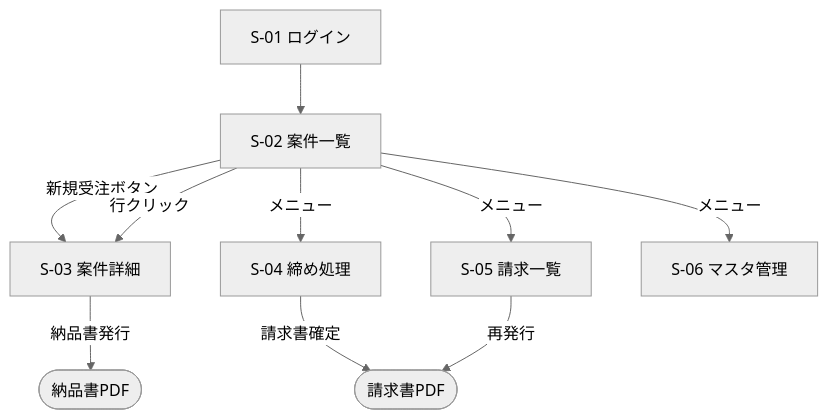
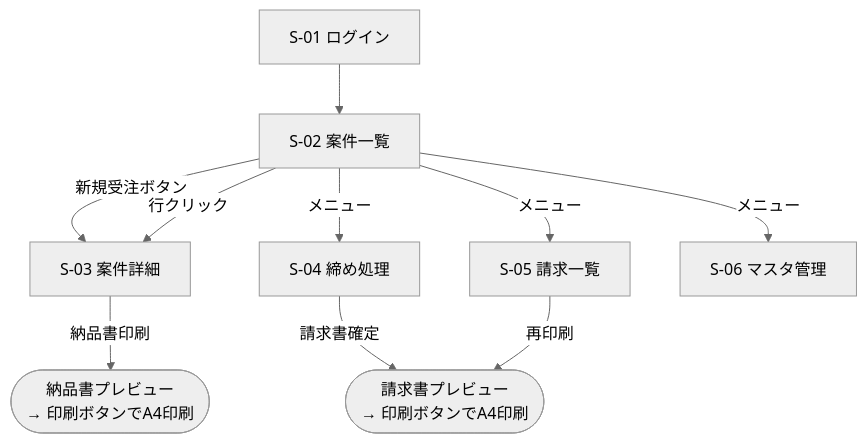
One commit to yuichi4107-lab/ClaudeCode changed the diagram in docs/sales_management/02_画面設計書.md. Above: the diagram before and after it, drawn with Mermaid (neutral theme). The commit also changed other lines of this file and 4 other files, not shown here.

````diff
--- a/docs/sales_management/02_画面設計書.md
+++ b/docs/sales_management/02_画面設計書.md
@@ -19,12 +19,12 @@
 ```mermaid
 flowchart TD
     S01[S-01 ログイン] --> S02[S-02 案件一覧]
     S02 -->|新規受注ボタン| S03[S-03 案件詳細]
     S02 -->|行クリック| S03
     S02 -->|メニュー| S04[S-04 締め処理]
     S02 -->|メニュー| S05[S-05 請求一覧]
     S02 -->|メニュー| S06[S-06 マスタ管理]
-    S03 -->|納品書発行| PDF1([納品書PDF])
-    S04 -->|請求書確定| PDF2([請求書PDF])
-    S05 -->|再発行| PDF2
+    S03 -->|納品書印刷| PV1([納品書プレビュー<br>→ 印刷ボタンでA4印刷])
+    S04 -->|請求書確定| PV2([請求書プレビュー<br>→ 印刷ボタンでA4印刷])
+    S05 -->|再印刷| PV2
 ```
````
